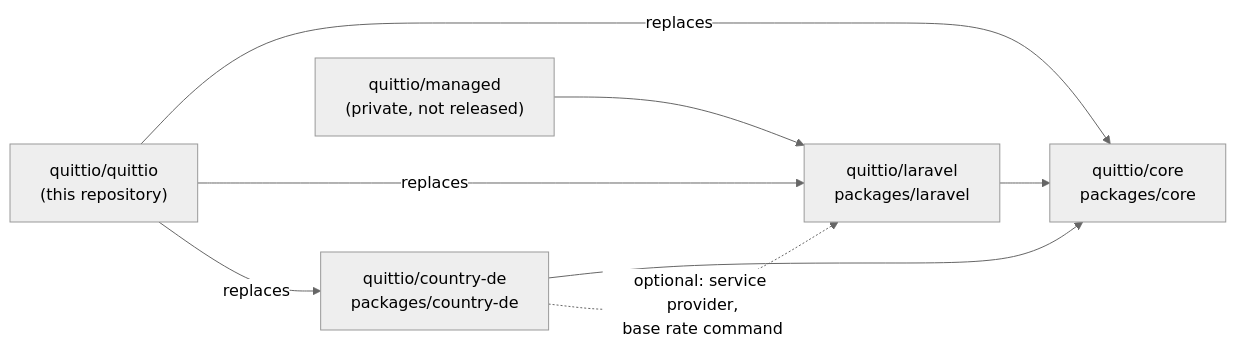
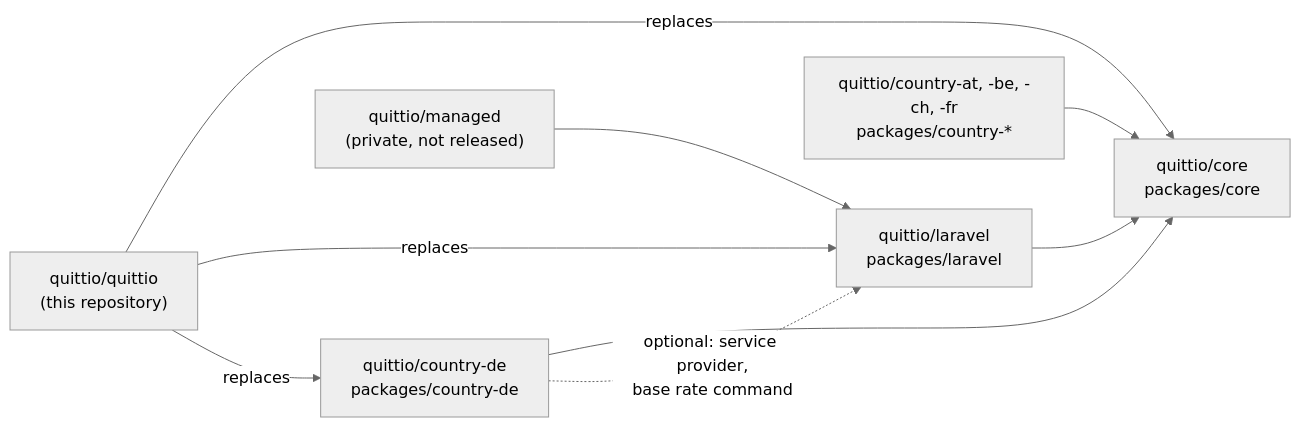
Before and after one commit to Quittio/quittio: the first of 3 diagrams in ARCHITECTURE.md, drawn with Mermaid (neutral theme). The commit also changed other lines of this file and 10 other files, not shown here.

````diff
--- a/ARCHITECTURE.md
+++ b/ARCHITECTURE.md
@@ -7,14 +7,16 @@
 ```mermaid
 flowchart LR
     core["quittio/core<br/>packages/core"]
     laravel["quittio/laravel<br/>packages/laravel"]
     de["quittio/country-de<br/>packages/country-de"]
+    others["quittio/country-at, -be, -ch, -fr<br/>packages/country-*"]
     all["quittio/quittio<br/>(this repository)"]
     managed["quittio/managed<br/>(private, not released)"]
 
     laravel --> core
     de --> core
+    others --> core
     de -. "optional: service provider,<br/>base rate command" .-> laravel
     managed --> laravel
     all -- "replaces" --> core & laravel & de
 ```
````
